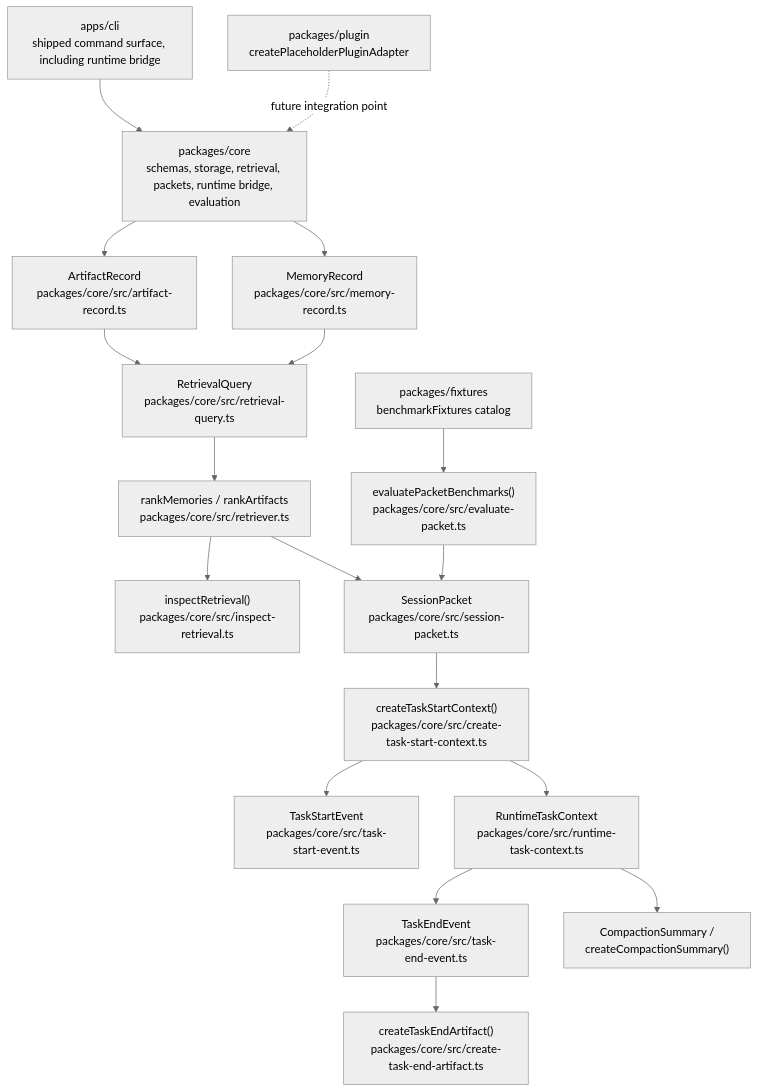
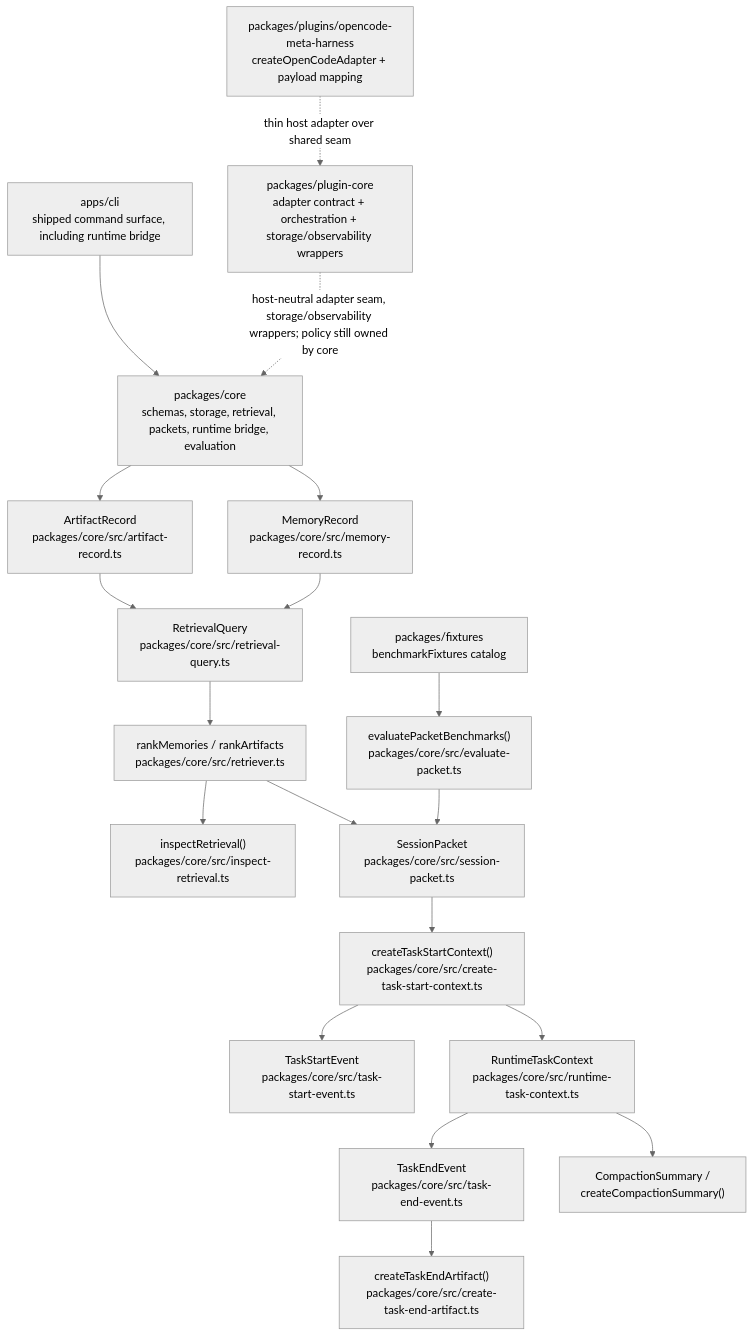
The diagram in docs/architecture/current-architecture.md (aron98/meta-harness), drawn with Mermaid (neutral theme) before and after one commit. The commit also changed other lines of this file and 49 other files, not shown here.

First line of the commit message:
feat: add thin opencode plugin boundary (#17)

````diff
--- a/docs/architecture/current-architecture.md
+++ b/docs/architecture/current-architecture.md
@@ -12,39 +13,41 @@
 ```mermaid
 flowchart TD
     CLI["apps/cli\nshipped command surface, including runtime bridge"]
     Core["packages/core\nschemas, storage, retrieval, packets, runtime bridge, evaluation"]
     Fixtures["packages/fixtures\nbenchmarkFixtures catalog"]
-    Plugin["packages/plugin\ncreatePlaceholderPluginAdapter"]
+    PluginCore["packages/plugin-core\nadapter contract + orchestration + storage/observability wrappers"]
+    OpenCodePlugin["packages/plugins/opencode-meta-harness\ncreateOpenCodeAdapter + payload mapping"]
 
     Artifact["ArtifactRecord\npackages/core/src/artifact-record.ts"]
     Memory["MemoryRecord\npackages/core/src/memory-record.ts"]
     Query["RetrievalQuery\npackages/core/src/retrieval-query.ts"]
     Rank["rankMemories / rankArtifacts\npackages/core/src/retriever.ts"]
     Inspect["inspectRetrieval()\npackages/core/src/inspect-retrieval.ts"]
     Packet["SessionPacket\npackages/core/src/session-packet.ts"]
     StartCtx["createTaskStartContext()\npackages/core/src/create-task-start-context.ts"]
     StartEvent["TaskStartEvent\npackages/core/src/task-start-event.ts"]
     RuntimeCtx["RuntimeTaskContext\npackages/core/src/runtime-task-context.ts"]
     EndEvent["TaskEndEvent\npackages/core/src/task-end-event.ts"]
     EndArtifact["createTaskEndArtifact()\npackages/core/src/create-task-end-artifact.ts"]
     Compact["CompactionSummary /\ncreateCompactionSummary()"]
     Eval["evaluatePacketBenchmarks()\npackages/core/src/evaluate-packet.ts"]
 
     CLI --> Core
     Fixtures --> Eval
     Core --> Artifact
     Core --> Memory
     Artifact --> Query
     Memory --> Query
     Query --> Rank
     Rank --> Inspect
     Rank --> Packet
     Packet --> StartCtx
     StartCtx --> StartEvent
     StartCtx --> RuntimeCtx
     RuntimeCtx --> EndEvent
     EndEvent --> EndArtifact
     RuntimeCtx --> Compact
     Eval --> Packet
-    Plugin -. future integration point .-> Core
+    PluginCore -. host-neutral adapter seam, storage/observability wrappers; policy still owned by core .-> Core
+    OpenCodePlugin -. thin host adapter over shared seam .-> PluginCore
 ```
````
